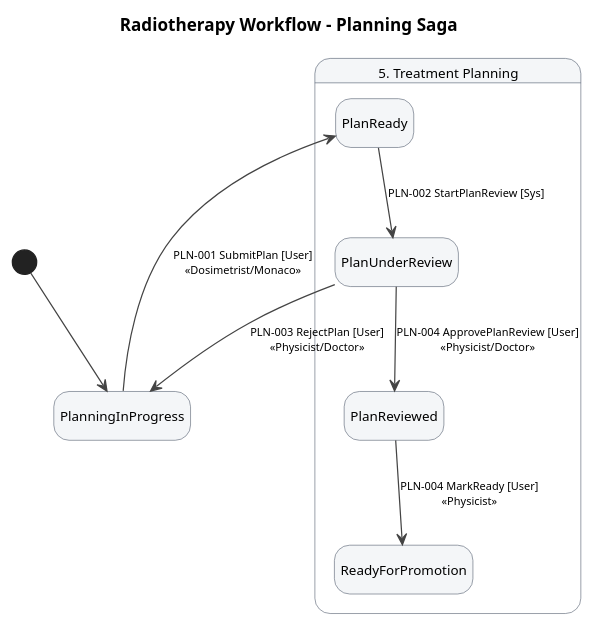
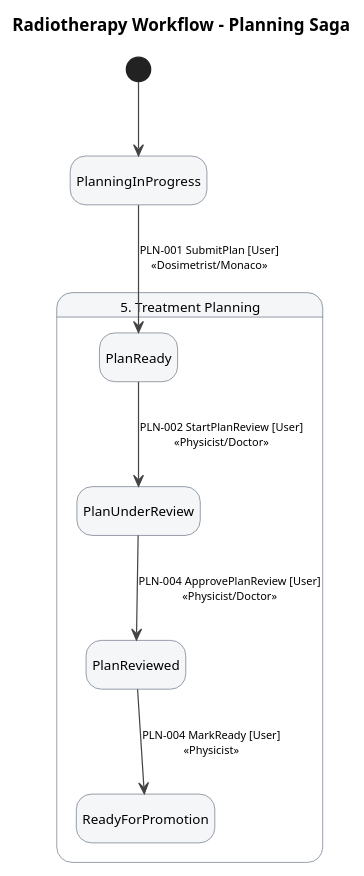
The diagram in docs/workflow/generated/planning-saga.puml (daniel-robot/wfmgr), drawn with PlantUML before and after one commit. The commit also changed 4 other files, not shown here.

```diff
--- a/docs/workflow/generated/planning-saga.puml
+++ b/docs/workflow/generated/planning-saga.puml
@@ -1,33 +1,32 @@
 @startuml
 title Radiotherapy Workflow – Planning Saga
 
 hide empty description
 
 skinparam DefaultFontName Arial
 skinparam Shadowing false
 skinparam ArrowColor #444444
 skinparam state {
   BackgroundColor #F4F6F8
   BorderColor #5A6473
   FontSize 11
   ArrowFontSize 9
   ArrowColor #444444
 }
 
 [*] --> PlanningInProgress
 
 state "5. Treatment Planning" as PLN {
   state PlanningInProgress
   state PlanReady
   state PlanUnderReview
   state PlanReviewed
   state ReadyForPromotion
 }
 
 ' ─── Transitions ─────────────────────────
 PlanningInProgress --> PlanReady : PLN-001 SubmitPlan [User]\n«Dosimetrist/Monaco»
-PlanReady --> PlanUnderReview : PLN-002 StartPlanReview [Sys]
-PlanUnderReview --> PlanningInProgress : PLN-003 RejectPlan [User]\n«Physicist/Doctor»
+PlanReady --> PlanUnderReview : PLN-002 StartPlanReview [User]\n«Physicist/Doctor»
 PlanUnderReview --> PlanReviewed : PLN-004 ApprovePlanReview [User]\n«Physicist/Doctor»
 PlanReviewed  --> ReadyForPromotion : PLN-004 MarkReady [User]\n«Physicist»
 @enduml
```
